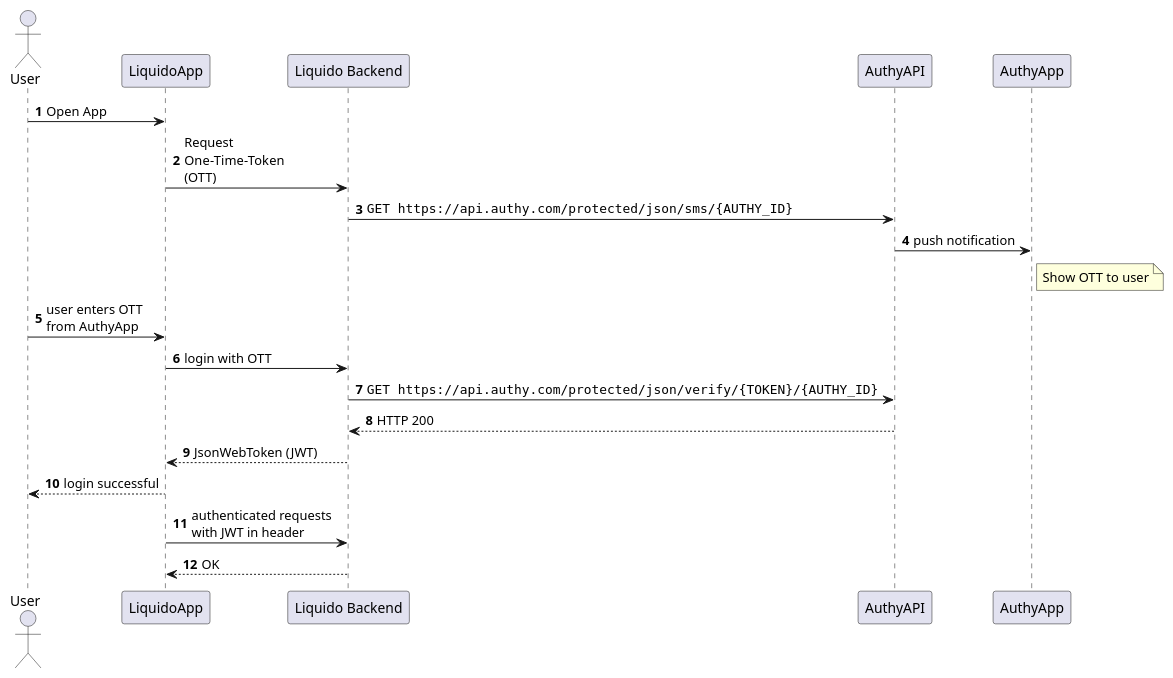
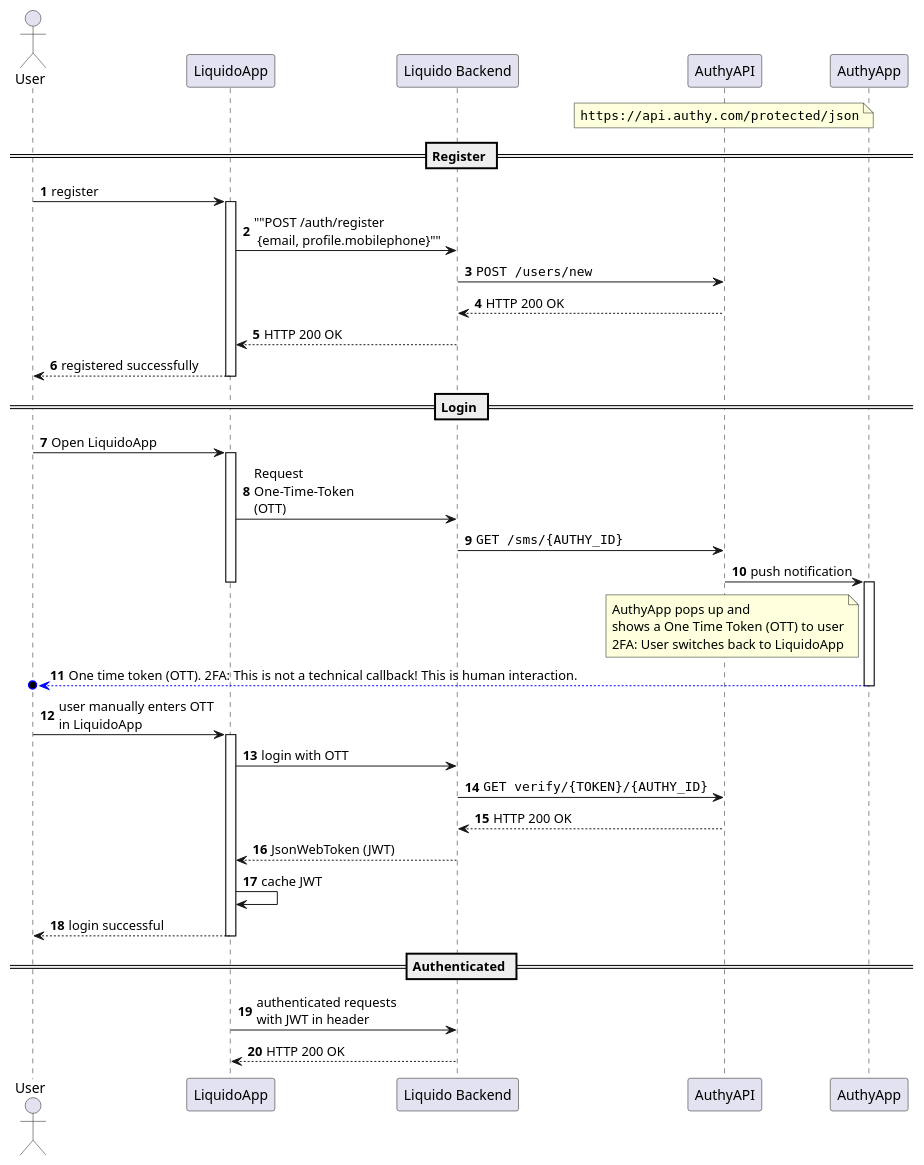
One commit to Doogiemuc/liquido-backend-spring changed the diagram in doc/Liquido Authy Login Sequence.plantuml. Above: the diagram before and after it, drawn with PlantUML. The commit also changed 14 other files, not shown here.

Commit message:
GraphQL: create Team works with mobile client.

```diff
--- a/doc/Liquido Authy Login Sequence.plantuml
+++ b/doc/Liquido Authy Login Sequence.plantuml
@@ -1,33 +1,65 @@
 @startuml
 
 autonumber
 
 actor User
 participant LiquidoApp
 participant "Liquido Backend" as BE
 participant AuthyAPI
 participant AuthyApp
 
-User -> LiquidoApp: Open App
+note over AuthyAPI: ""https://api.authy.com/protected/json""
+
+== Register ==
+
+User -> LiquidoApp: register
+activate LiquidoApp
+
+LiquidoApp -> BE: ""POST /auth/register\n {email, profile.mobilephone}""
+
+BE -> AuthyAPI: ""POST /users/new""
+
+AuthyAPI --> BE: HTTP 200 OK
+
+BE --> LiquidoApp: HTTP 200 OK
+
+LiquidoApp --> User: registered successfully
+deactivate LiquidoApp
+
+== Login ==
+
+User -> LiquidoApp: Open LiquidoApp
+activate LiquidoApp
 
 LiquidoApp -> BE: Request\nOne-Time-Token\n(OTT)
 
-BE -> AuthyAPI: ""GET https://api.authy.com/protected/json/sms/{AUTHY_ID}""
+BE -> AuthyAPI: ""GET /sms/{AUTHY_ID}""
 AuthyAPI -> AuthyApp: push notification
+deactivate LiquidoApp
+activate AuthyApp
 
-note right of AuthyApp: Show OTT to user
 
-User -> LiquidoApp: user enters OTT\nfrom AuthyApp
+note left of AuthyApp: AuthyApp pops up and\nshows a One Time Token (OTT) to user\n2FA: User switches back to LiquidoApp
+
+AuthyApp -[#blue]->o User: One time token (OTT). 2FA: This is not a technical callback! This is human interaction.
+deactivate AuthyApp
+
+User -> LiquidoApp: user manually enters OTT\nin LiquidoApp
+activate LiquidoApp
 
 LiquidoApp -> BE: login with OTT
-BE -> AuthyAPI: ""GET https://api.authy.com/protected/json/verify/{TOKEN}/{AUTHY_ID}""
-AuthyAPI --> BE: HTTP 200
+BE -> AuthyAPI: ""GET verify/{TOKEN}/{AUTHY_ID}""
+AuthyAPI --> BE: HTTP 200 OK
 
 BE --> LiquidoApp: JsonWebToken (JWT)
+LiquidoApp -> LiquidoApp: cache JWT
 LiquidoApp --> User: login successful
+deactivate LiquidoApp
+
+== Authenticated ==
 
 LiquidoApp -> BE: authenticated requests\nwith JWT in header
-BE --> LiquidoApp: OK
+BE --> LiquidoApp: HTTP 200 OK
 
 
 @enduml
```
